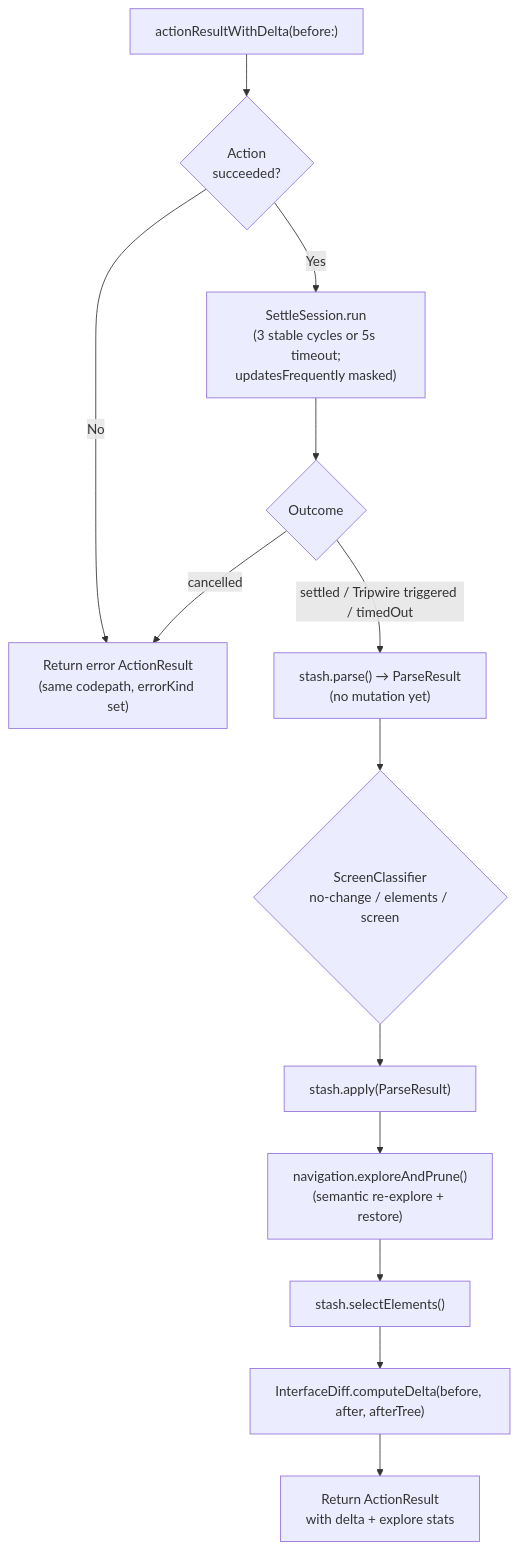
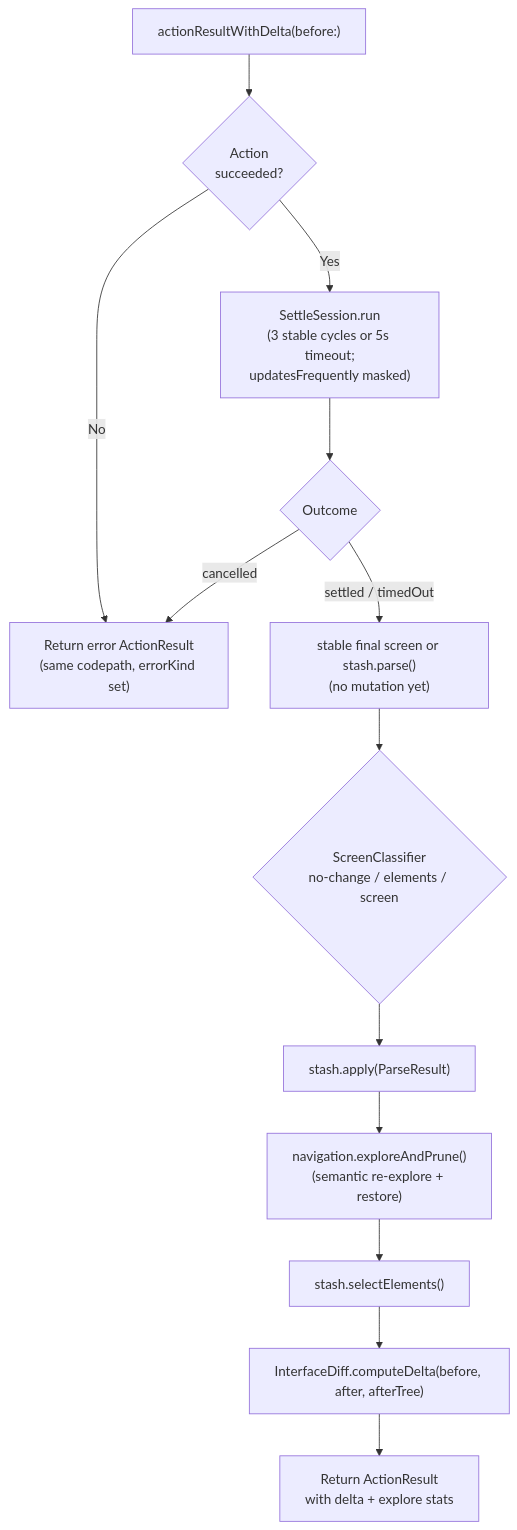
Before and after one commit to RoyalPineapple/TheButtonHeist: the third of 3 diagrams in docs/dossiers/13-THEBRAINS.md, drawn with Mermaid. The commit also changed other lines of this file and 6 other files, not shown here.

````diff
--- a/docs/dossiers/13-THEBRAINS.md
+++ b/docs/dossiers/13-THEBRAINS.md
@@ -95,17 +95,17 @@
 ```mermaid
 flowchart TD
     A["actionResultWithDelta(before:)"] --> B{Action<br/>succeeded?}
     B -->|No| C["Return error ActionResult<br/>(same codepath, errorKind set)"]
     B -->|Yes| D["SettleSession.run<br/>(3 stable cycles or 5s timeout;<br/>updatesFrequently masked)"]
     D --> CANC{Outcome}
     CANC -->|cancelled| C
-    CANC -->|settled / Tripwire triggered / timedOut| E["stash.parse() → ParseResult<br/>(no mutation yet)"]
+    CANC -->|settled / timedOut| E["stable final screen or stash.parse()<br/>(no mutation yet)"]
 
     E --> F{ScreenClassifier<br/>no-change / elements / screen}
     F --> H["stash.apply(ParseResult)"]
 
     H --> I["navigation.exploreAndPrune()<br/>(semantic re-explore + restore)"]
     I --> J["stash.selectElements()"]
     J --> K["InterfaceDiff.computeDelta(before, after, afterTree)"]
     K --> L["Return ActionResult<br/>with delta + explore stats"]
 ```
````
